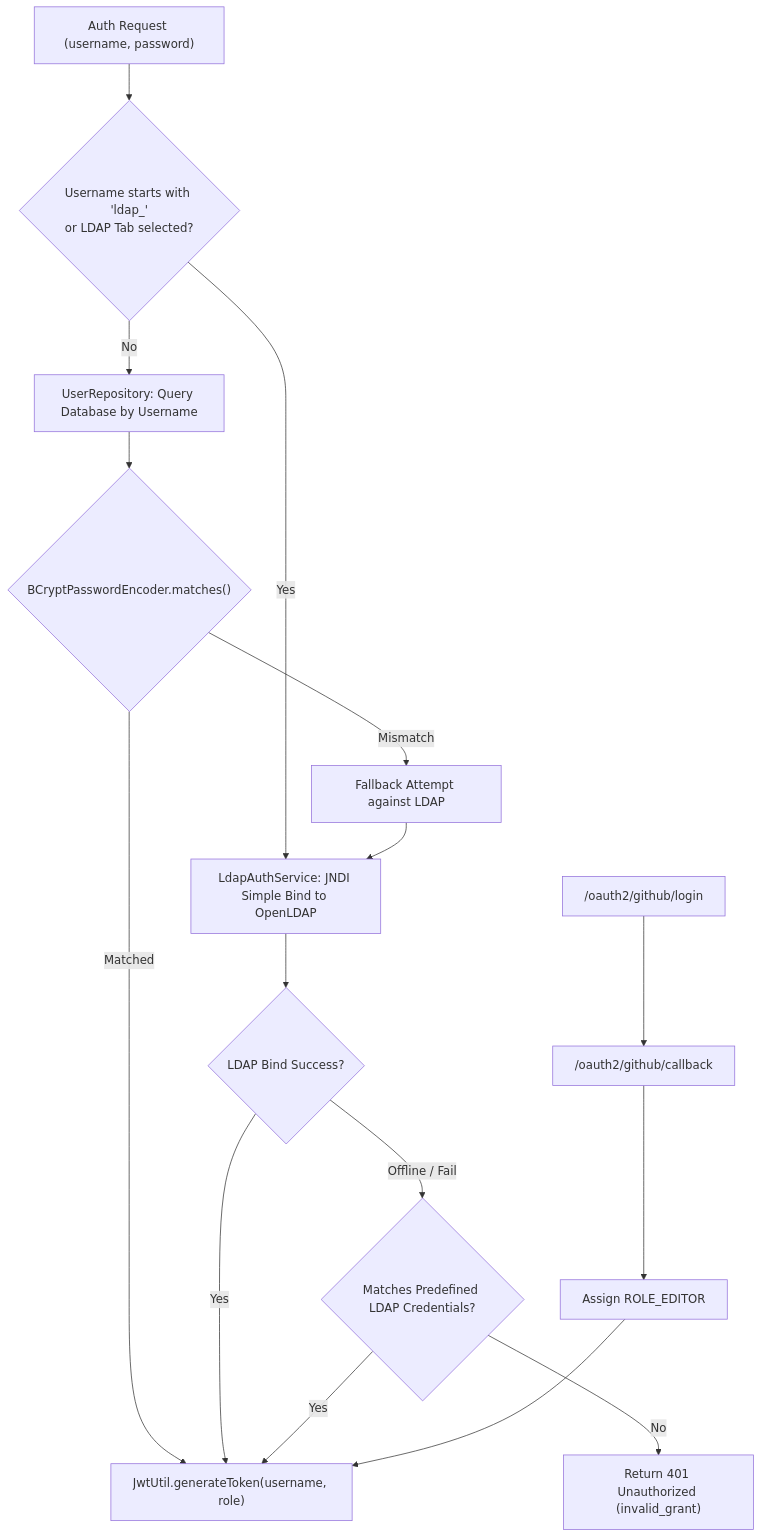
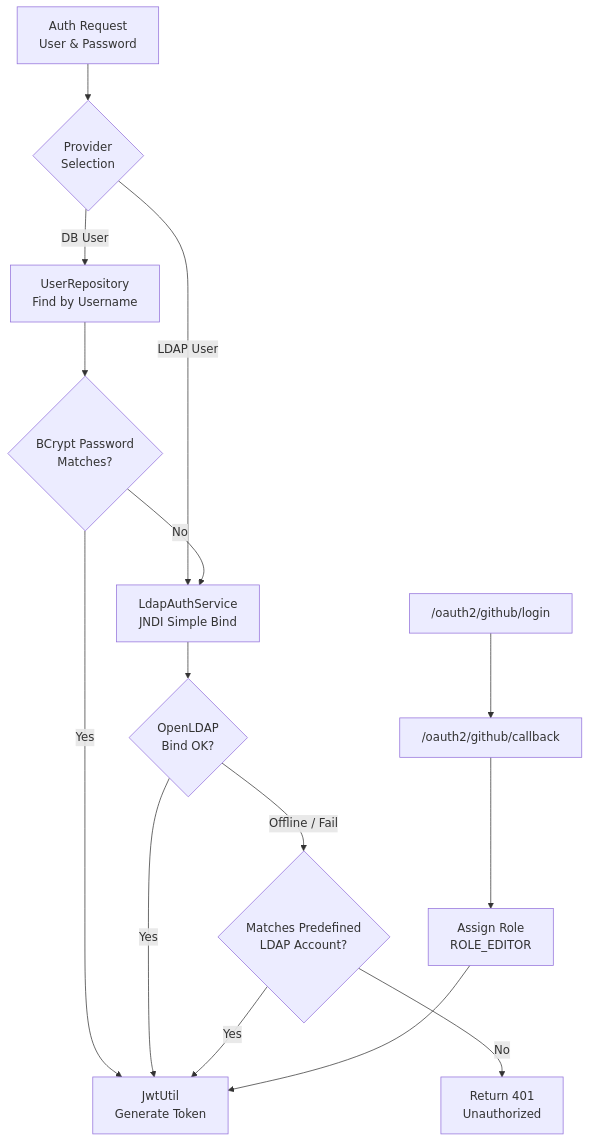
Before and after one commit to marco77878/microservice-demo: the second of 2 diagrams in README.md, drawn with Mermaid. The commit also changed other lines of this file, not shown here.

Commit message:
docs: optimize mermaid diagrams with multiline text to prevent text truncation

````diff
--- a/README.md
+++ b/README.md
@@ -75,21 +75,20 @@
 ```mermaid
 flowchart TD
-    Req["Auth Request (username, password)"] --> PrefixCheck{"Username starts with 'ldap_'<br/>or LDAP Tab selected?"}
+    Req["Auth Request<br/>User & Password"] --> CheckType{"Provider<br/>Selection"}
     
-    PrefixCheck -->|Yes| LdapBind["LdapAuthService: JNDI Simple Bind to OpenLDAP"]
-    PrefixCheck -->|No| DbQuery["UserRepository: Query Database by Username"]
+    CheckType -->|LDAP User| LdapBind["LdapAuthService<br/>JNDI Simple Bind"]
+    CheckType -->|DB User| DbQuery["UserRepository<br/>Find by Username"]
 
-    DbQuery --> PwdMatch{"BCryptPasswordEncoder.matches()"}
-    PwdMatch -->|Matched| MintToken["JwtUtil.generateToken(username, role)"]
-    PwdMatch -->|Mismatch| FallbackLdap["Fallback Attempt against LDAP"]
+    DbQuery --> PwdMatch{"BCrypt Password<br/>Matches?"}
+    PwdMatch -->|Yes| MintToken["JwtUtil<br/>Generate Token"]
+    PwdMatch -->|No| LdapBind
 
-    FallbackLdap --> LdapBind
-    LdapBind --> LdapCheck{"LDAP Bind Success?"}
+    LdapBind --> LdapCheck{"OpenLDAP<br/>Bind OK?"}
     LdapCheck -->|Yes| MintToken
-    LdapCheck -->|Offline / Fail| PredefinedLdap{"Matches Predefined LDAP Credentials?"}
-    PredefinedLdap -->|Yes| MintToken
-    PredefinedLdap -->|No| Fail["Return 401 Unauthorized (invalid_grant)"]
+    LdapCheck -->|Offline / Fail| PredefinedCheck{"Matches Predefined<br/>LDAP Account?"}
+    PredefinedCheck -->|Yes| MintToken
+    PredefinedCheck -->|No| Fail["Return 401<br/>Unauthorized"]
 
     GitHubLogin["/oauth2/github/login"] --> GitHubCallback["/oauth2/github/callback"]
-    GitHubCallback --> AssignEditor["Assign ROLE_EDITOR"] --> MintToken
+    GitHubCallback --> AssignRole["Assign Role<br/>ROLE_EDITOR"] --> MintToken
 ```
````
